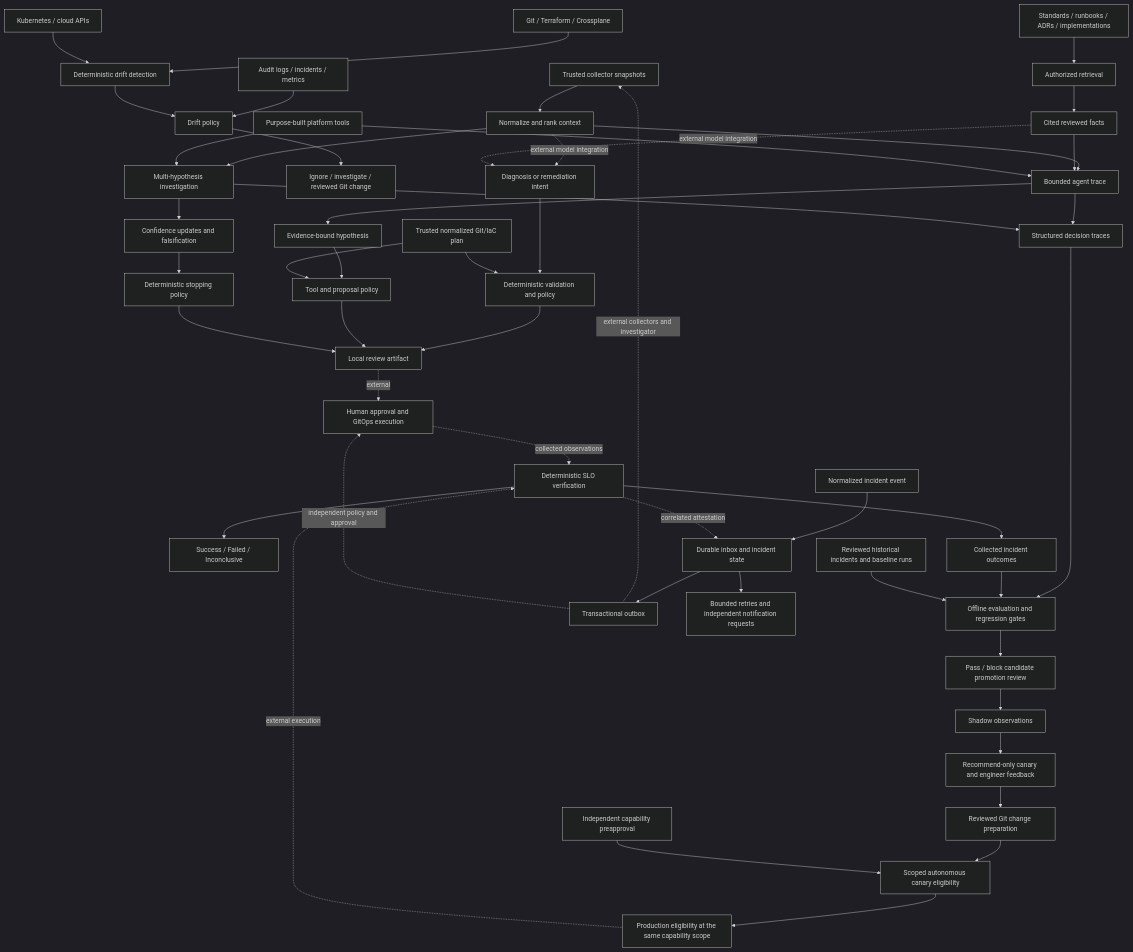
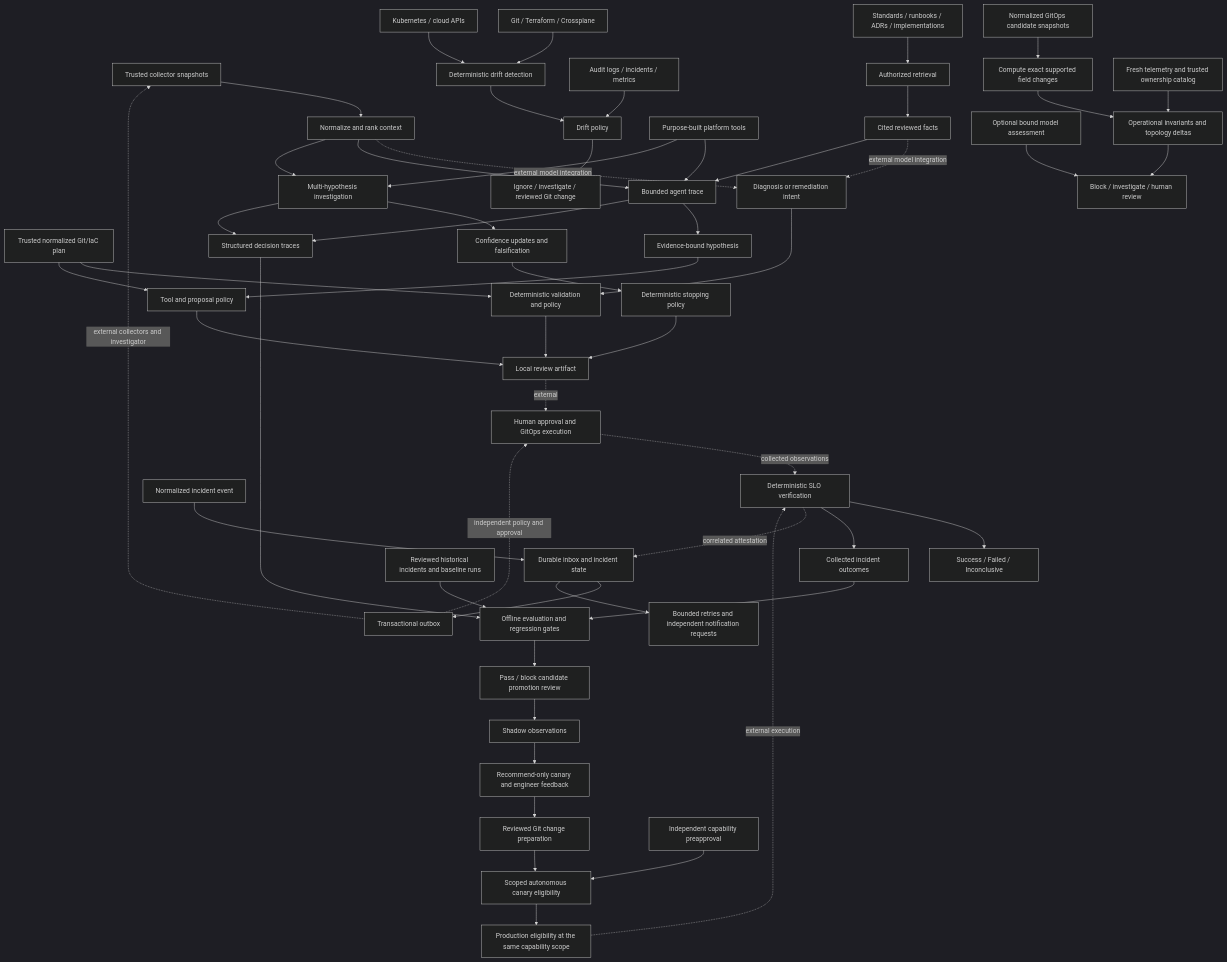
Before and after one commit to Vidon212/AI-incident-co-pilot: the diagram in docs/00-architecture-and-safety.md, drawn with Mermaid (dark theme). The commit also changed other lines of this file and 16 other files, not shown here.

Commit message:
Add operational GitOps PR risk review

````diff
--- a/docs/00-architecture-and-safety.md
+++ b/docs/00-architecture-and-safety.md
@@ -9,51 +9,56 @@
 ```mermaid
 flowchart TD
     Evidence[Trusted collector snapshots] --> Context[Normalize and rank context]
     Context -. external model integration .-> Intent[Diagnosis or remediation intent]
     Intent --> Policy[Deterministic validation and policy]
     Plan[Trusted normalized Git/IaC plan] --> Policy
     Policy --> Review[Local review artifact]
     Review -. external .-> Approval[Human approval and GitOps execution]
     Approval -. collected observations .-> Verify[Deterministic SLO verification]
     Verify --> Result[Success / Failed / Inconclusive]
     Desired[Git / Terraform / Crossplane] --> Drift[Deterministic drift detection]
     Observed[Kubernetes / cloud APIs] --> Drift
     Provenance[Audit logs / incidents / metrics] --> DriftPolicy[Drift policy]
     Drift --> DriftPolicy
     DriftPolicy --> DriftReview[Ignore / investigate / reviewed Git change]
     Knowledge[Standards / runbooks / ADRs / implementations] --> Retrieval[Authorized retrieval]
     Retrieval --> Grounding[Cited reviewed facts]
     Grounding -. external model integration .-> Intent
     Context --> Agent[Bounded agent trace]
     Grounding --> Agent
     Tools[Purpose-built platform tools] --> Agent
     Agent --> Hypothesis[Evidence-bound hypothesis]
     Hypothesis --> AgentPolicy[Tool and proposal policy]
     Plan --> AgentPolicy
     AgentPolicy --> Review
     Context --> Investigation[Multi-hypothesis investigation]
     Tools --> Investigation
     Investigation --> Falsification[Confidence updates and falsification]
     Falsification --> Stop[Deterministic stopping policy]
     Stop --> Review
     Agent --> Traces[Structured decision traces]
     Investigation --> Traces
     Verify --> Outcomes[Collected incident outcomes]
     Traces --> Evaluation[Offline evaluation and regression gates]
     Outcomes --> Evaluation
     Truth[Reviewed historical incidents and baseline runs] --> Evaluation
     Evaluation --> Promotion[Pass / block candidate promotion review]
     Promotion --> Shadow[Shadow observations]
     Shadow --> Canary[Recommend-only canary and engineer feedback]
     Canary --> Prepare[Reviewed Git change preparation]
     Prepare --> Limited[Scoped autonomous canary eligibility]
     Grant[Independent capability preapproval] --> Limited
     Limited --> Production[Production eligibility at the same capability scope]
     Production -. external execution .-> Verify
     Alert[Normalized incident event] --> Inbox[Durable inbox and incident state]
     Inbox --> Outbox[Transactional outbox]
     Outbox -. external collectors and investigator .-> Evidence
     Outbox -. independent policy and approval .-> Approval
     Verify -. correlated attestation .-> Inbox
     Inbox --> Escalation[Bounded retries and independent notification requests]
+    Candidate[Normalized GitOps candidate snapshots] --> PRDiff[Compute exact supported field changes]
+    PRDiff --> Risk[Operational invariants and topology deltas]
+    Facts[Fresh telemetry and trusted ownership catalog] --> Risk
+    Risk --> PRReview[Block / investigate / human review]
+    ModelRisk[Optional bound model assessment] --> PRReview
 ```
````
